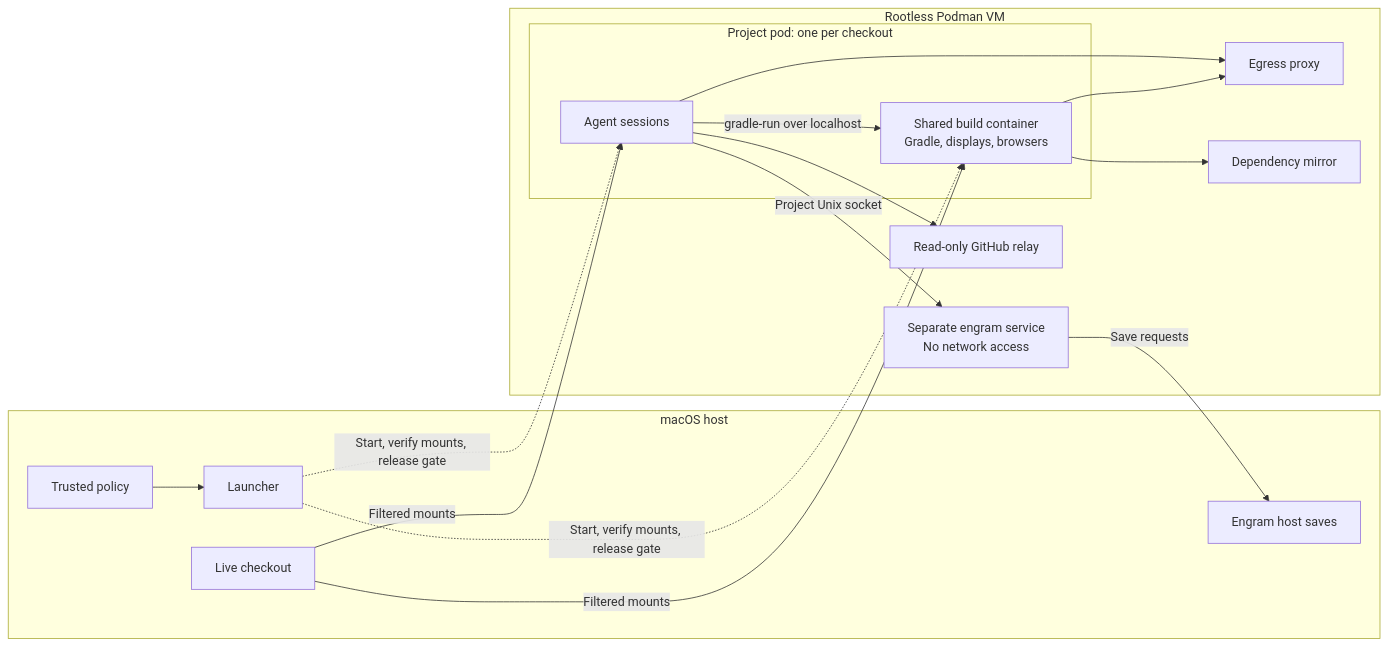
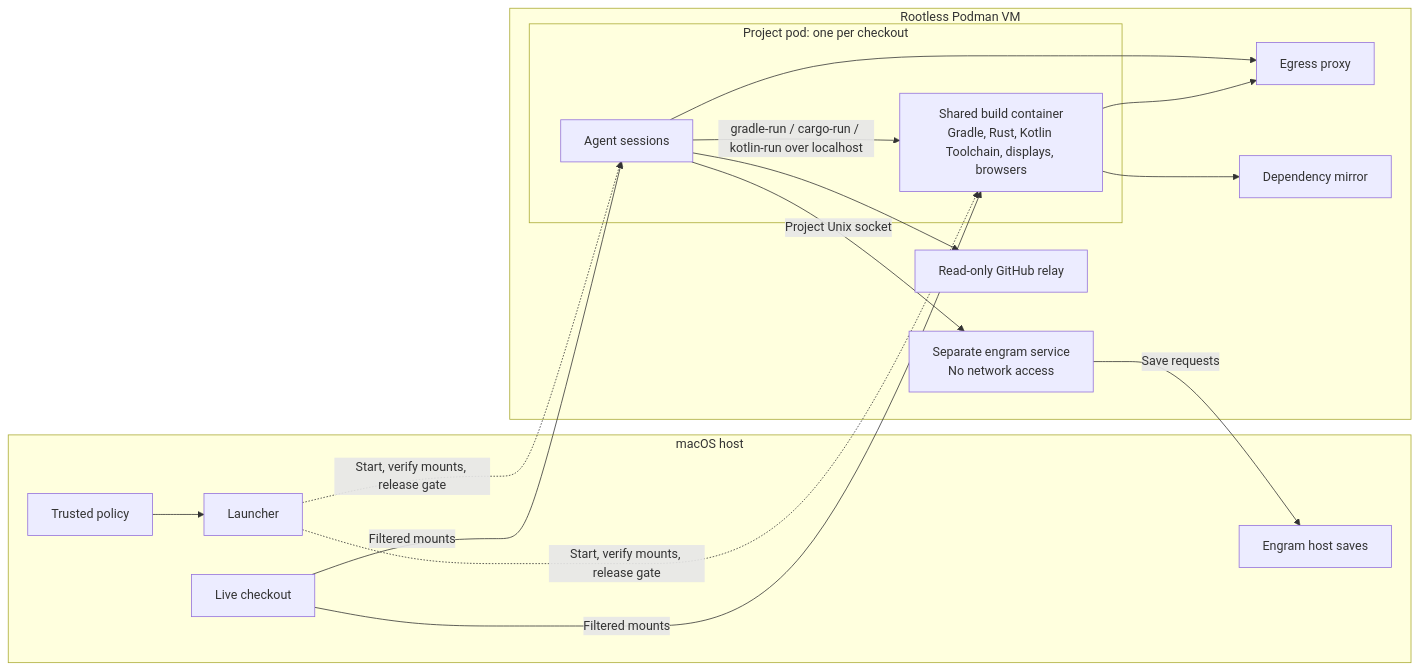
One commit to wmontwe/agent-run changed the diagram in docs/architecture.md. Above: the diagram before and after it, drawn with Mermaid. The commit also changed other lines of this file and 61 other files, not shown here.

Commit message:
feat: add Rust and Kotlin Toolchain builds and build-only egress

````diff
--- a/docs/architecture.md
+++ b/docs/architecture.md
@@ -13,34 +13,34 @@
 ```mermaid
 flowchart LR
     subgraph host[macOS host]
         policy[Trusted policy]
         launcher[Launcher]
         checkout[Live checkout]
         saves[Engram host saves]
         policy --> launcher
     end
 
     subgraph vm[Rootless Podman VM]
         subgraph pod[Project pod: one per checkout]
             agents[Agent sessions]
-            build[Shared build container<br/>Gradle, displays, browsers]
-            agents -->|gradle-run over localhost| build
+            build[Shared build container<br/>Gradle, Rust, Kotlin Toolchain, displays, browsers]
+            agents -->|gradle-run / cargo-run / kotlin-run over localhost| build
         end
         proxy[Egress proxy]
         relay[Read-only GitHub relay]
         mirror[Dependency mirror]
         engram[Separate engram service<br/>No network access]
 
         agents --> proxy
         build --> proxy
         agents --> relay
         build --> mirror
         agents -->|Project Unix socket| engram
     end
 
     launcher -.->|Start, verify mounts, release gate| agents
     launcher -.->|Start, verify mounts, release gate| build
     checkout -->|Filtered mounts| agents
     checkout -->|Filtered mounts| build
     engram -->|Save requests| saves
 ```
````
